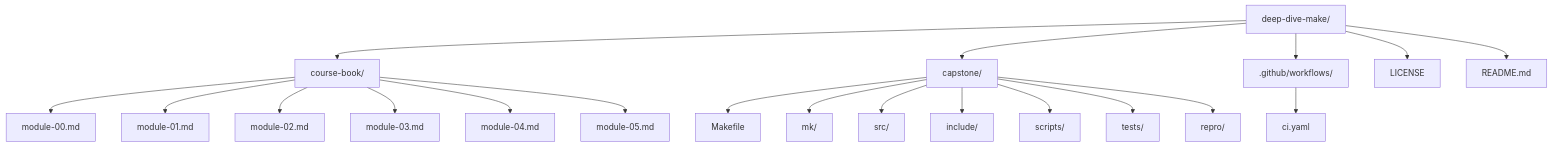
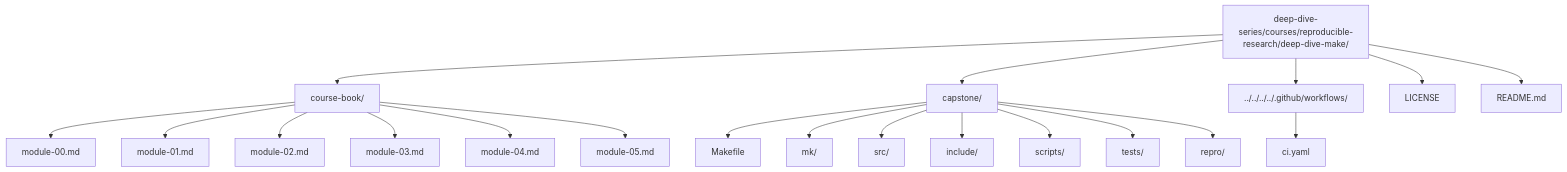
Before and after one commit to bijux/bijux-masterclass: the diagram in courses/reproducible-research/deep-dive-make/README.md, drawn with Mermaid. The commit also changed other lines of this file and 8 other files, not shown here.

Commit message:
docs: repoint reproducible research courses to deep dive series

````diff
--- a/courses/reproducible-research/deep-dive-make/README.md
+++ b/courses/reproducible-research/deep-dive-make/README.md
@@ -85,23 +83,23 @@
 ```mermaid
 graph TD
-  root["deep-dive-make/"]
+  root["deep-dive-series/courses/reproducible-research/deep-dive-make/"]
   root --> book["course-book/"]
   root --> capstone["capstone/"]
-  root --> workflows[".github/workflows/"]
+  root --> workflows["../../../../.github/workflows/"]
   root --> license["LICENSE"]
   root --> readme["README.md"]
   book --> m00["module-00.md"]
   book --> m01["module-01.md"]
   book --> m02["module-02.md"]
   book --> m03["module-03.md"]
   book --> m04["module-04.md"]
   book --> m05["module-05.md"]
   capstone --> capMakefile["Makefile"]
   capstone --> mk["mk/"]
   capstone --> src["src/"]
   capstone --> include["include/"]
   capstone --> scripts["scripts/"]
   capstone --> tests["tests/"]
   capstone --> repro["repro/"]
   workflows --> ci["ci.yaml"]
 ```
````
